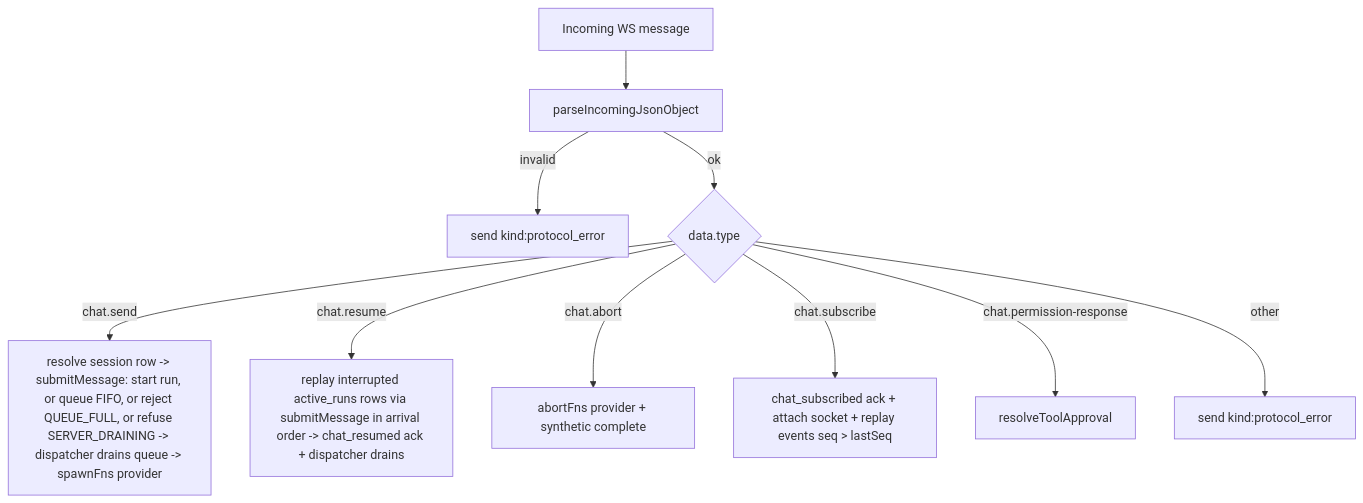
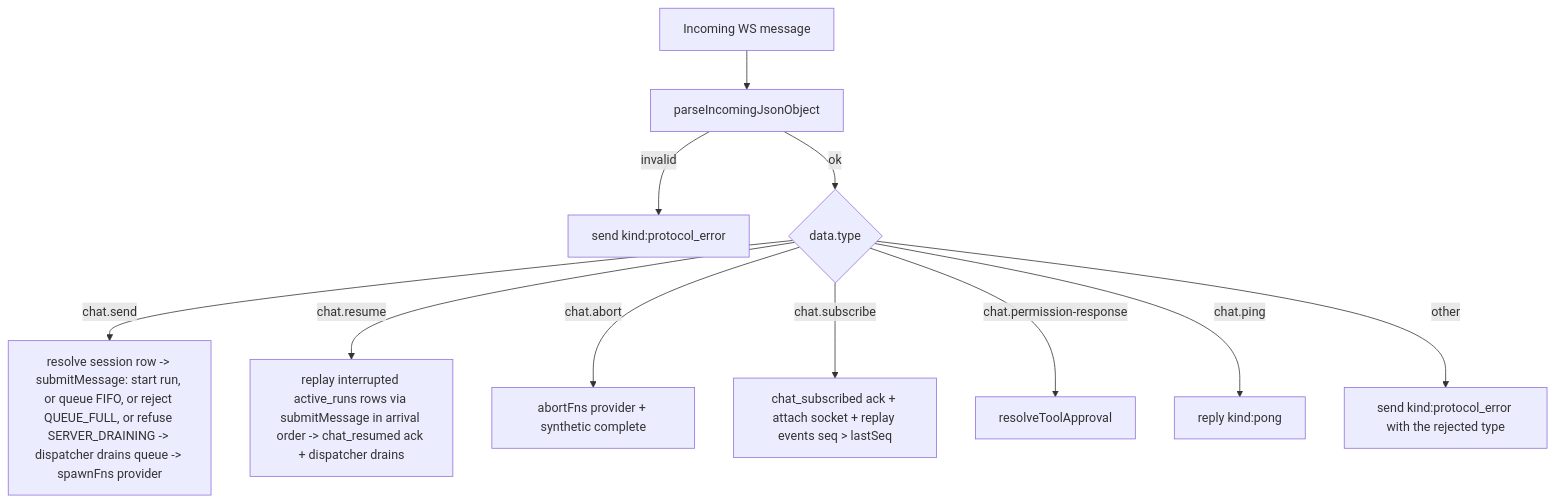
One commit to Josephkready/cloudcli changed the third of 5 diagrams in server/modules/websocket/README.md. Above: the diagram before and after it, drawn with Mermaid. The commit also changed other lines of this file and 17 other files, not shown here.

````diff
--- a/server/modules/websocket/README.md
+++ b/server/modules/websocket/README.md
@@ -131,13 +131,14 @@
 ```mermaid
 flowchart TD
   A[Incoming WS message] --> B[parseIncomingJsonObject]
   B -->|invalid| C[send kind:protocol_error]
   B -->|ok| D{data.type}
 
   D -->|chat.send| E[resolve session row -> submitMessage: start run, or queue FIFO, or reject QUEUE_FULL, or refuse SERVER_DRAINING -> dispatcher drains queue -> spawnFns provider]
   D -->|chat.resume| R[replay interrupted active_runs rows via submitMessage in arrival order -> chat_resumed ack + dispatcher drains]
   D -->|chat.abort| F[abortFns provider + synthetic complete]
   D -->|chat.subscribe| G[chat_subscribed ack + attach socket + replay events seq > lastSeq]
   D -->|chat.permission-response| H[resolveToolApproval]
-  D -->|other| I[send kind:protocol_error]
+  D -->|chat.ping| P[reply kind:pong]
+  D -->|other| I[send kind:protocol_error with the rejected type]
 ```
````
